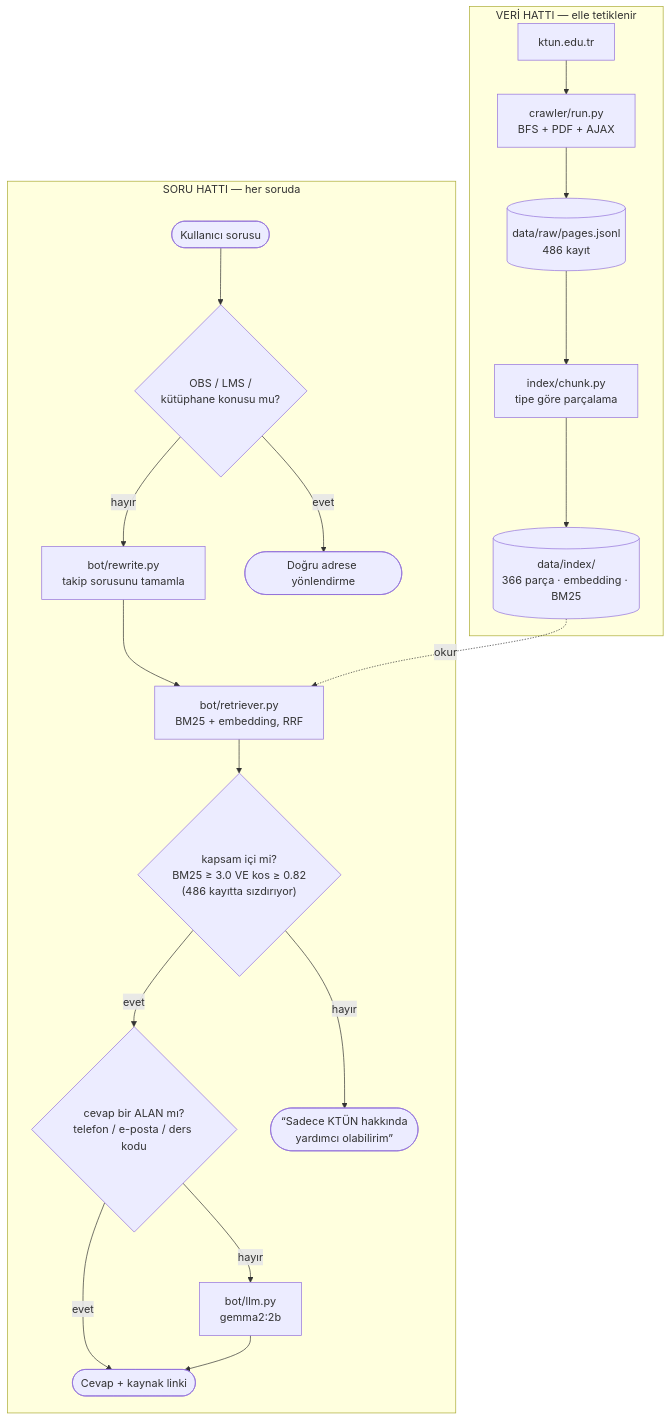
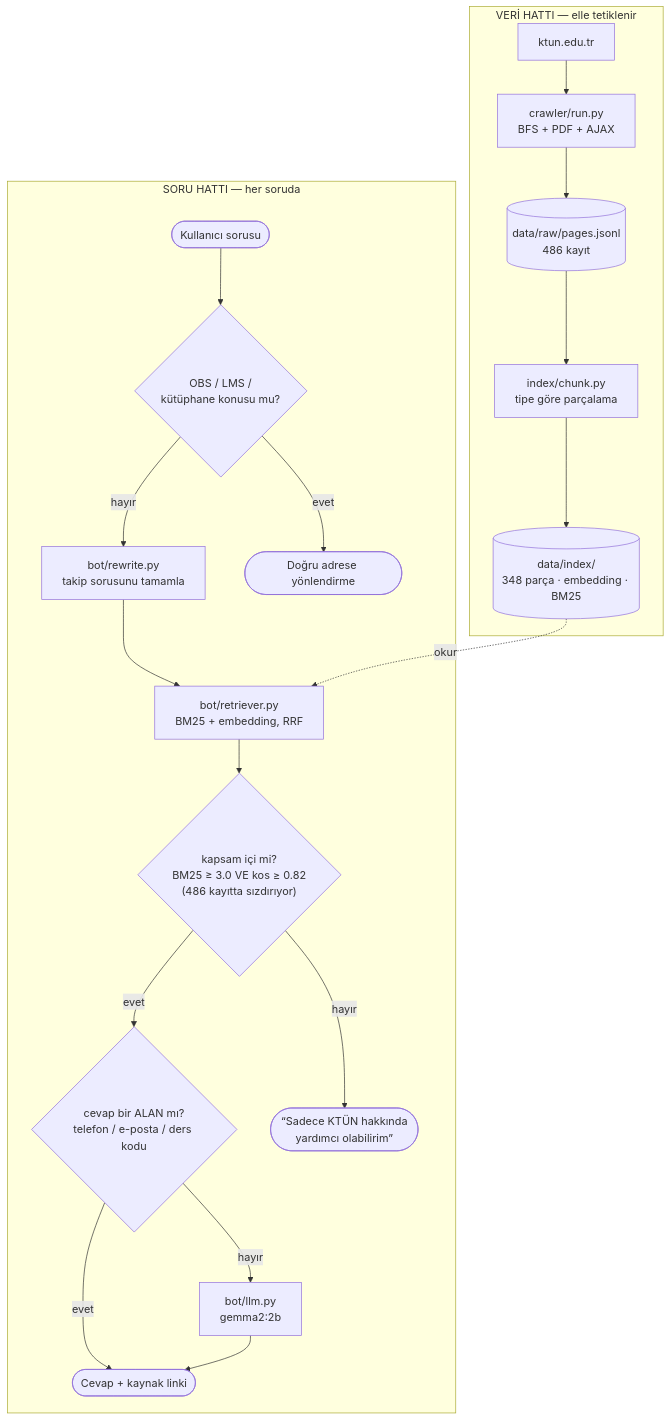
The diagram in README.md (melihakcam/Chatbot), drawn with Mermaid before and after one commit. The commit also changed other lines of this file, not shown here.

````diff
--- a/README.md
+++ b/README.md
@@ -47,34 +47,34 @@
 ```mermaid
 flowchart TD
     subgraph VERI["VERİ HATTI — elle tetiklenir"]
         SITE[ktun.edu.tr]
         CRAWL["crawler/run.py<br/>BFS + PDF + AJAX"]
         RAW[("data/raw/pages.jsonl<br/>486 kayıt")]
         CHUNK["index/chunk.py<br/>tipe göre parçalama"]
-        IDX[("data/index/<br/>366 parça · embedding · BM25")]
+        IDX[("data/index/<br/>348 parça · embedding · BM25")]
         SITE --> CRAWL --> RAW --> CHUNK --> IDX
     end
 
     subgraph SORU["SORU HATTI — her soruda"]
         Q([Kullanıcı sorusu])
         YON{"OBS / LMS /<br/>kütüphane konusu mu?"}
         REW["bot/rewrite.py<br/>takip sorusunu tamamla"]
         ARA["bot/retriever.py<br/>BM25 + embedding, RRF"]
         KAPI{"kapsam içi mi?<br/>BM25 ≥ 3.0 VE kos ≥ 0.82<br/>(486 kayıtta sızdırıyor)"}
         EXT{"cevap bir ALAN mı?<br/>telefon / e-posta / ders kodu"}
         LLM["bot/llm.py<br/>gemma2:2b"]
         CEVAP([Cevap + kaynak linki])
         RED([“Sadece KTÜN hakkında<br/>yardımcı olabilirim”])
         LINK([Doğru adrese yönlendirme])
 
         Q --> YON
         YON -- evet --> LINK
         YON -- hayır --> REW --> ARA --> KAPI
         KAPI -- hayır --> RED
         KAPI -- evet --> EXT
         EXT -- evet --> CEVAP
         EXT -- hayır --> LLM --> CEVAP
     end
 
     IDX -.okur.-> ARA
 ```
````
